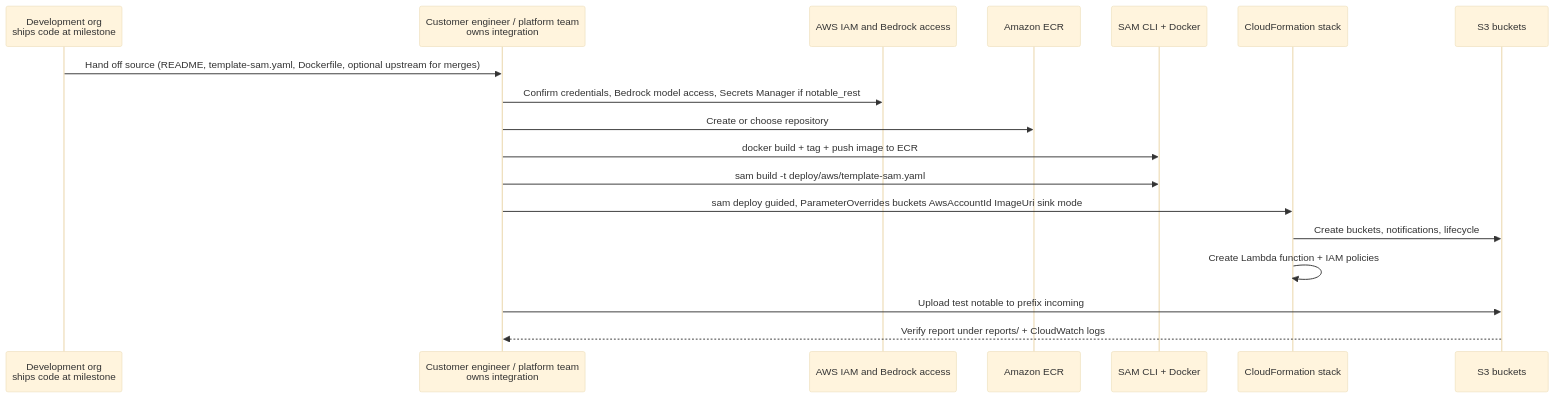
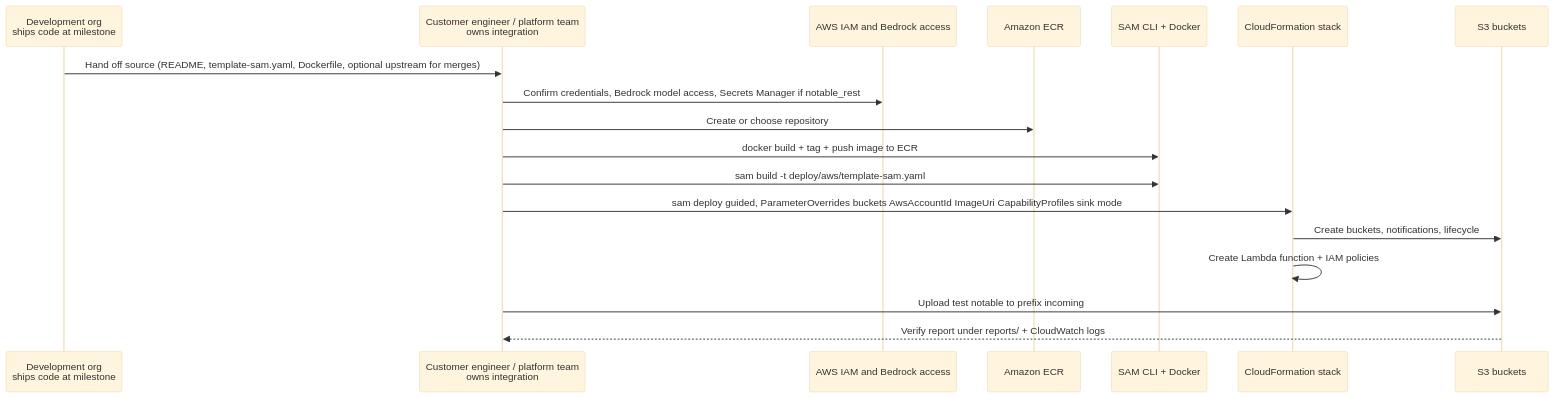
The fourth of 4 diagrams in s3_notable_pipeline/docs/delivery_package/end_to_end_diagrams/END_TO_END_DIAGRAMS.md (dreyna001/llm_notable_analysis), drawn with Mermaid (base theme) before and after one commit. The commit also changed other lines of this file and 221 other files, not shown here.

````diff
--- a/s3_notable_pipeline/docs/delivery_package/end_to_end_diagrams/END_TO_END_DIAGRAMS.md
+++ b/s3_notable_pipeline/docs/delivery_package/end_to_end_diagrams/END_TO_END_DIAGRAMS.md
@@ -204,21 +232,21 @@
 ```mermaid
 sequenceDiagram
   participant Dev as Development org<br/>ships code at milestone
   participant Eng as Customer engineer / platform team<br/>owns integration
   participant IAM as AWS IAM and Bedrock access
   participant ECR as Amazon ECR
   participant SAM as SAM CLI + Docker
   participant CFN as CloudFormation stack
   participant S3 as S3 buckets
 
   Dev->>Eng: Hand off source (README, template-sam.yaml, Dockerfile, optional upstream for merges)
   Eng->>IAM: Confirm credentials, Bedrock model access, Secrets Manager if notable_rest
   Eng->>ECR: Create or choose repository
   Eng->>SAM: docker build + tag + push image to ECR
   Eng->>SAM: sam build -t deploy/aws/template-sam.yaml
-  Eng->>CFN: sam deploy guided, ParameterOverrides buckets AwsAccountId ImageUri sink mode
+  Eng->>CFN: sam deploy guided, ParameterOverrides buckets AwsAccountId ImageUri CapabilityProfiles sink mode
   CFN->>S3: Create buckets, notifications, lifecycle
   CFN->>CFN: Create Lambda function + IAM policies
   Eng->>S3: Upload test notable to prefix incoming
   S3-->>Eng: Verify report under reports/ + CloudWatch logs
 ```
````
